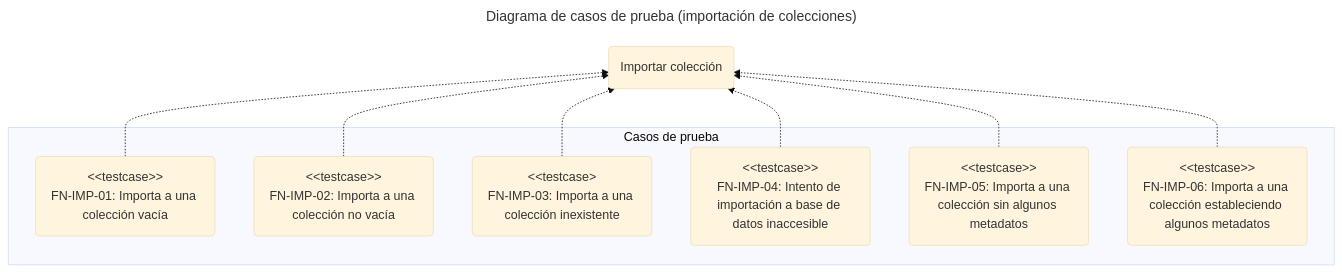
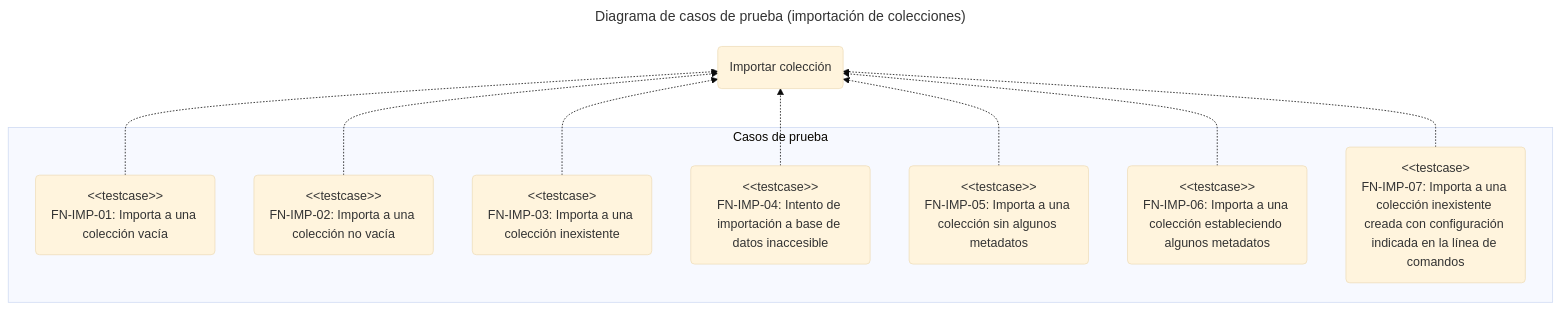
One commit to chromiodev/chromie-tool changed the third of 8 diagrams in docs/spec/tests/functional.es.md. Above: the diagram before and after it, drawn with Mermaid (base theme). The commit also changed other lines of this file and 5 other files, not shown here.

Commit message:
feat(cli): "chromie imp" allows to set the embedding function for when collection must be created (#74)

````diff
--- a/docs/spec/tests/functional.es.md
+++ b/docs/spec/tests/functional.es.md
@@ -226,26 +226,28 @@
 ```mermaid
 ---
 title: Diagrama de casos de prueba (importación de colecciones)
 config:
 ---
 
 graph BT
   %% casos de uso
   importColl@{ shape: "rounded", label: "Importar colección" }
 
   subgraph "Casos de prueba"
     importIntoEmptyColl@{ shape: "rounded", label: "#lt;#lt;testcase>><br>FN-IMP-01: Importa a una colección vacía" }
     importIntoNonEmptyColl@{ shape: "rounded", label: "#lt;#lt;testcase>><br>FN-IMP-02: Importa a una colección no vacía" }
     importIntoNonExistingColl@{ shape: "rounded", label: "#lt;#lt;testcase><br>FN-IMP-03: Importa a una colección inexistente" }
     importIntoUnknownServer@{ shape: "rounded", label: "#lt;#lt;testcase>><br>FN-IMP-04: Intento de importación a base de datos inaccesible" }
     importIntoCollRemovingMetadata@{ shape: "rounded", label: "#lt;#lt;testcase>><br>FN-IMP-05: Importa a una colección sin algunos metadatos" }
     importIntoCollSettingMetadata@{ shape: "rounded", label: "#lt;#lt;testcase>><br>FN-IMP-06: Importa a una colección estableciendo algunos metadatos" }
+    importIntoNonExistingCollUsingEmbeddingPassed@{ shape: "rounded", label: "#lt;#lt;testcase><br>FN-IMP-07: Importa a una colección inexistente creada con configuración indicada en la línea de comandos" }
   end
 
   importIntoEmptyColl -.-> importColl
   importIntoNonEmptyColl -.-> importColl
   importIntoNonExistingColl -.-> importColl
   importIntoUnknownServer -.-> importColl
   importIntoCollRemovingMetadata -.-> importColl
   importIntoCollSettingMetadata -.-> importColl
+  importIntoNonExistingCollUsingEmbeddingPassed -.-> importColl
 ```
````
